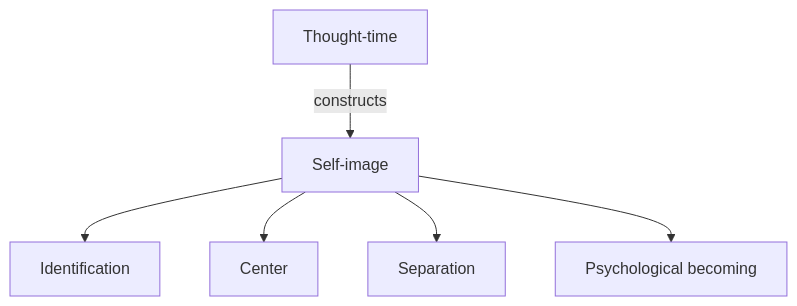
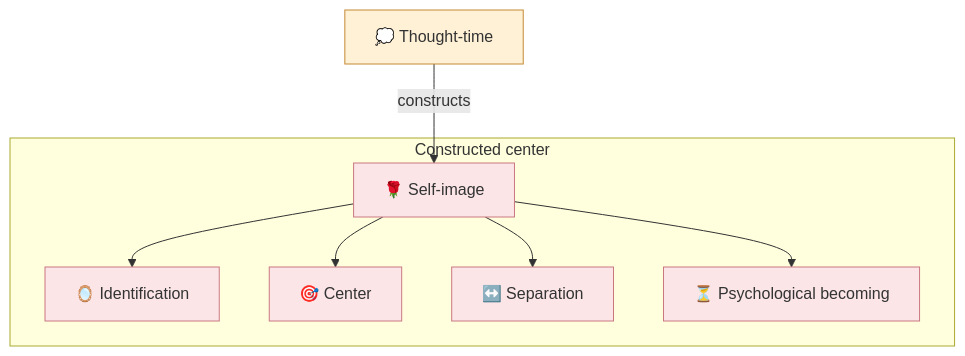
The fifth of 11 diagrams in _posts/2026-09-08-architecture-of-the-mind-krishnamurti.md (enogrob/enogrob.github.io), drawn with Mermaid before and after one commit. The commit also changed other lines of this file, not shown here.

````diff
--- a/_posts/2026-09-08-architecture-of-the-mind-krishnamurti.md
+++ b/_posts/2026-09-08-architecture-of-the-mind-krishnamurti.md
@@ -112,8 +214,14 @@
 ```mermaid!
 flowchart TD
-    T["Thought-time"] -->|constructs| S["Self-image"]
-    S --> I["Identification"]
-    S --> C["Center"]
-    S --> D["Separation"]
-    S --> B["Psychological becoming"]
+    T["💭 Thought-time"] -->|constructs| S["🌹 Self-image"]
+    subgraph SELF[Constructed center]
+      S --> I["🪞 Identification"]
+      S --> C["🎯 Center"]
+      S --> D["↔️ Separation"]
+      S --> B["⏳ Psychological becoming"]
+    end
+    classDef thought fill:#fff1d6,stroke:#c58a35,stroke-width:1px
+    classDef self fill:#fbe5e7,stroke:#c97880,stroke-width:1px
+    class T thought
+    class S,I,C,D,B self
 ```
````
